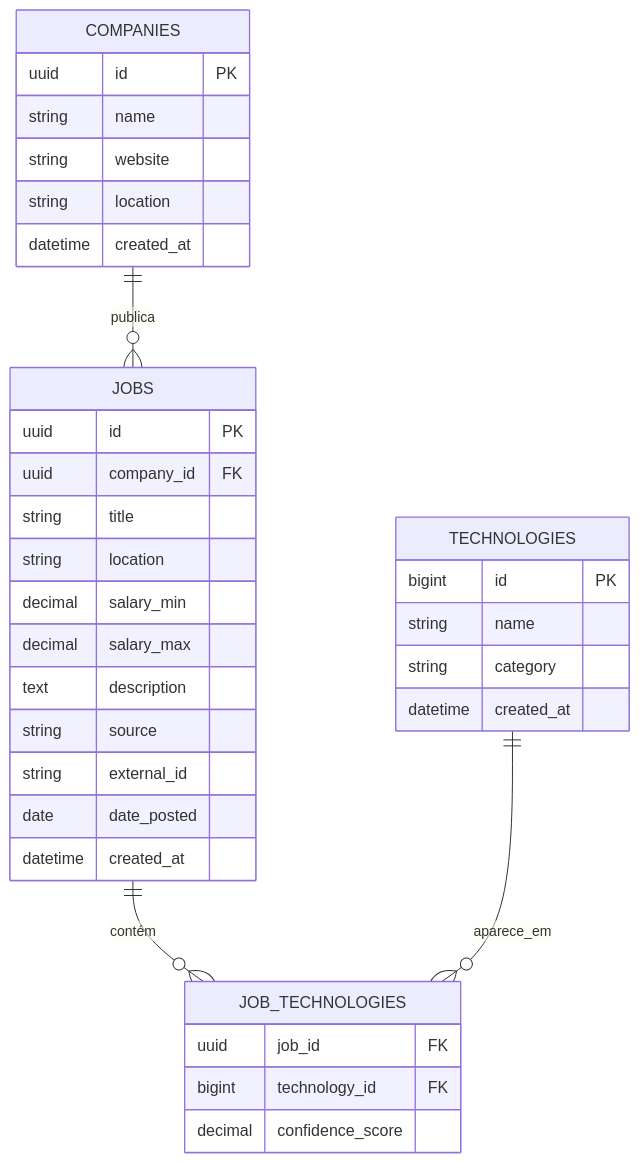
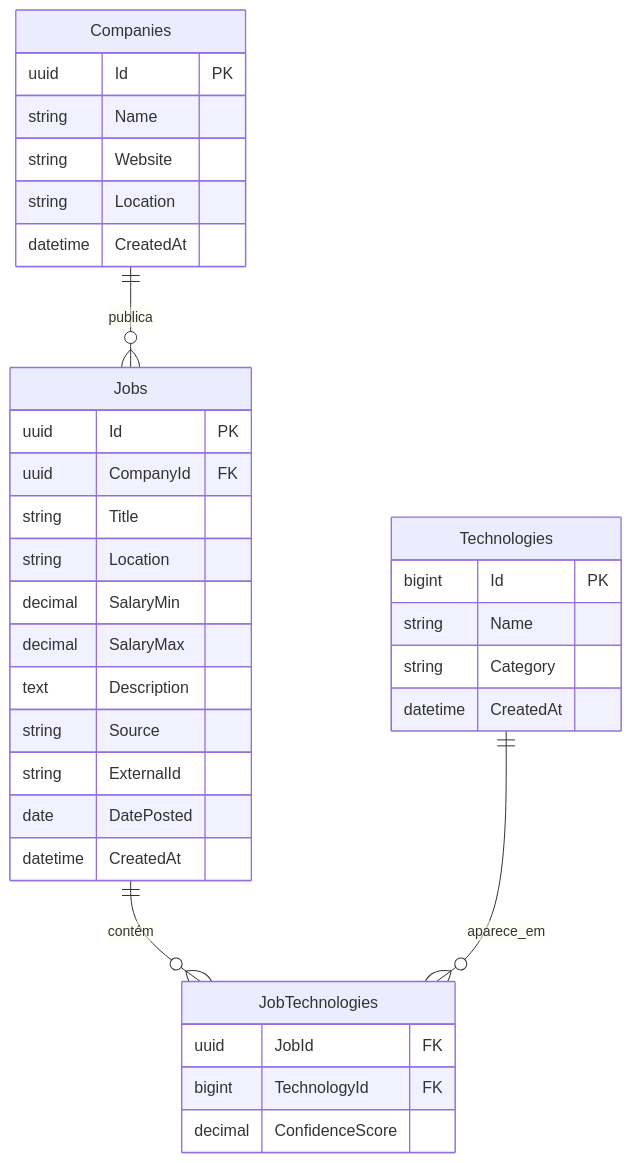
Before and after one commit to franciscocosta4/TechScope: the diagram in ENVIRONMENT.md, drawn with Mermaid. The commit also changed other lines of this file, not shown here.

Commit message:
paginas principais da app planeadas

````diff
--- a/ENVIRONMENT.md
+++ b/ENVIRONMENT.md
@@ -38,48 +33,48 @@
 ```mermaid
 erDiagram
 
-    COMPANIES ||--o{ JOBS : publica
+    Companies ||--o{ Jobs : publica
 
-    JOBS ||--o{ JOB_TECHNOLOGIES : contém
+    Jobs ||--o{ JobTechnologies : contém
 
-    TECHNOLOGIES ||--o{ JOB_TECHNOLOGIES : aparece_em
+    Technologies ||--o{ JobTechnologies : aparece_em
 
 
-    COMPANIES {
-        uuid id PK
-        string name
-        string website
-        string location
-        datetime created_at
+    Companies {
+        uuid Id PK
+        string Name
+        string Website
+        string Location
+        datetime CreatedAt
     }
 
 
-    JOBS {
-        uuid id PK
-        uuid company_id FK
-        string title
-        string location
-        decimal salary_min
-        decimal salary_max
-        text description
-        string source
-        string external_id
-        date date_posted
-        datetime created_at
+    Jobs {
+        uuid Id PK
+        uuid CompanyId FK
+        string Title
+        string Location
+        decimal SalaryMin
+        decimal SalaryMax
+        text Description
+        string Source
+        string ExternalId
+        date DatePosted
+        datetime CreatedAt
     }
 
 
-    TECHNOLOGIES {
-        bigint id PK
-        string name
-        string category
-        datetime created_at
+    Technologies {
+        bigint Id PK
+        string Name
+        string Category
+        datetime CreatedAt
     }
 
 
-    JOB_TECHNOLOGIES {
-        uuid job_id FK
-        bigint technology_id FK
-        decimal confidence_score
+    JobTechnologies {
+        uuid JobId FK
+        bigint TechnologyId FK
+        decimal ConfidenceScore
     }
 ```
````
